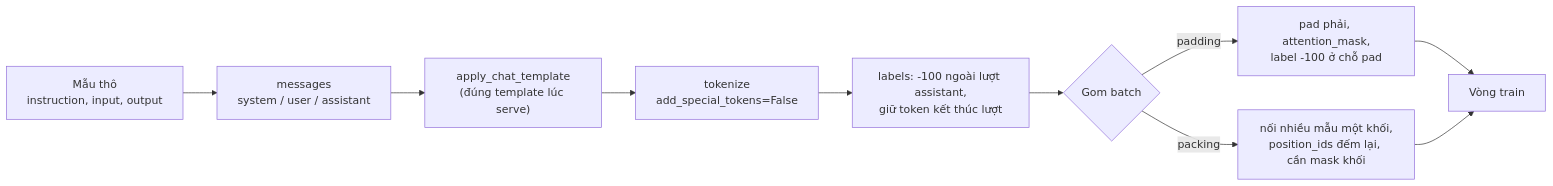
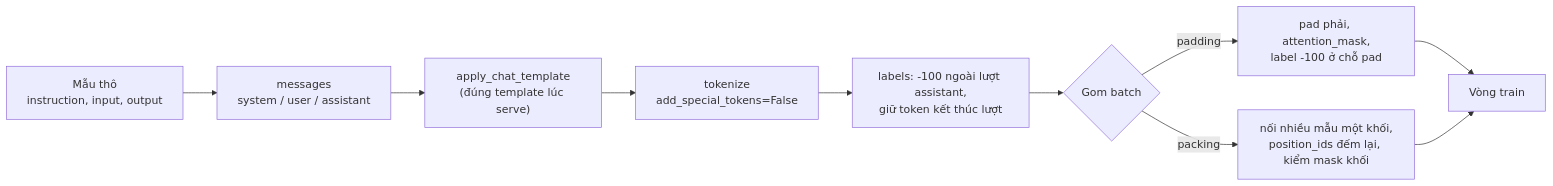
The second of 4 diagrams in tracks/ai-engineer/modules/14-fine-tuning-llm/README.md (Buicongbang04/Learning_Platform), drawn with Mermaid before and after one commit. The commit also changed other lines of this file and 21 other files, not shown here.

Commit message:
Module 14: sửa theo review (rò rỉ packing đo lại theo mask và cache, ghim cấu hình train A02 và quiz dạng thứ tự, quiz DPO bền hơn, bootstrap thận trọng, ghi điều kiện QLoRA, gợi ý trung tính, starter A02 không lộ regex, bỏ fallback dữ liệu)

````diff
--- a/tracks/ai-engineer/modules/14-fine-tuning-llm/README.md
+++ b/tracks/ai-engineer/modules/14-fine-tuning-llm/README.md
@@ -140,12 +140,12 @@
 ```mermaid
 flowchart LR
     R["Mẫu thô<br/>instruction, input, output"] --> M["messages<br/>system / user / assistant"]
     M --> T["apply_chat_template<br/>(đúng template lúc serve)"]
     T --> K["tokenize<br/>add_special_tokens=False"]
     K --> L["labels: -100 ngoài lượt assistant,<br/>giữ token kết thúc lượt"]
     L --> B{"Gom batch"}
     B -->|padding| PD["pad phải, attention_mask,<br/>label -100 ở chỗ pad"]
-    B -->|packing| PK["nối nhiều mẫu một khối,<br/>position_ids đếm lại, cần mask khối"]
+    B -->|packing| PK["nối nhiều mẫu một khối,<br/>position_ids đếm lại, kiểm mask khối"]
     PD --> TR["Vòng train"]
     PK --> TR
 ```
````
